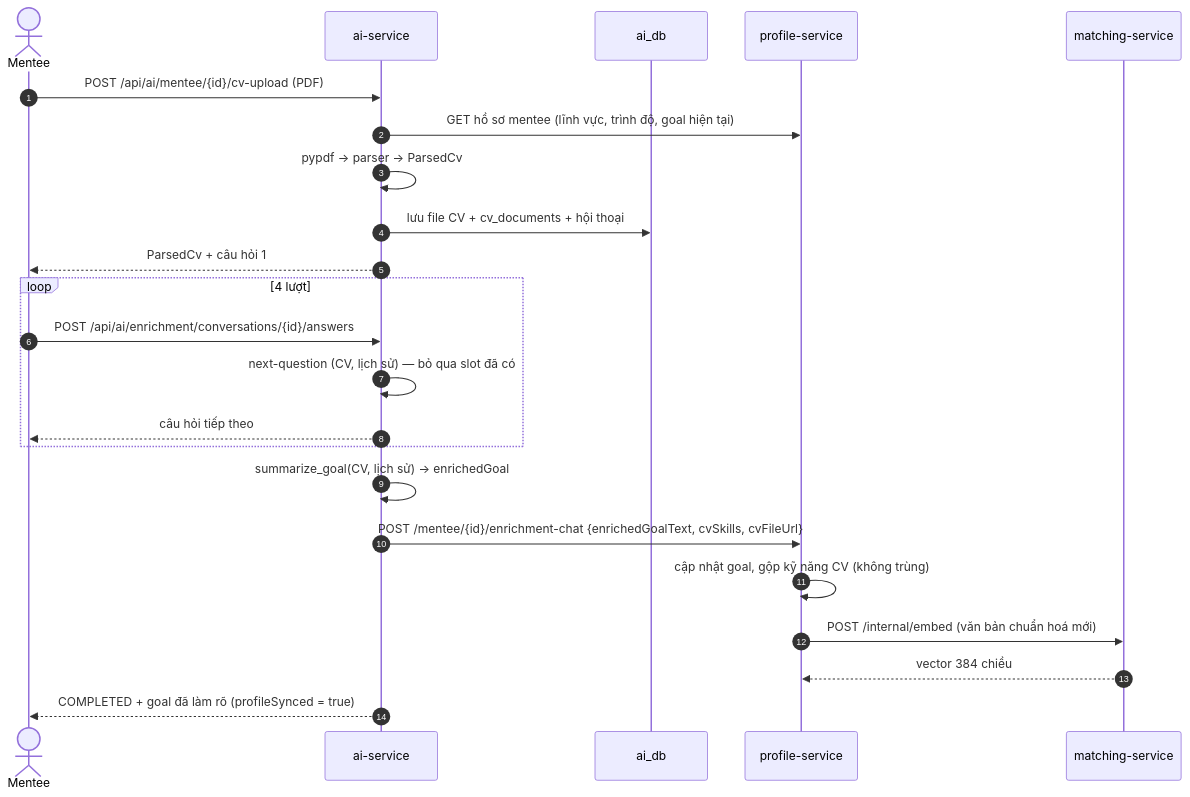
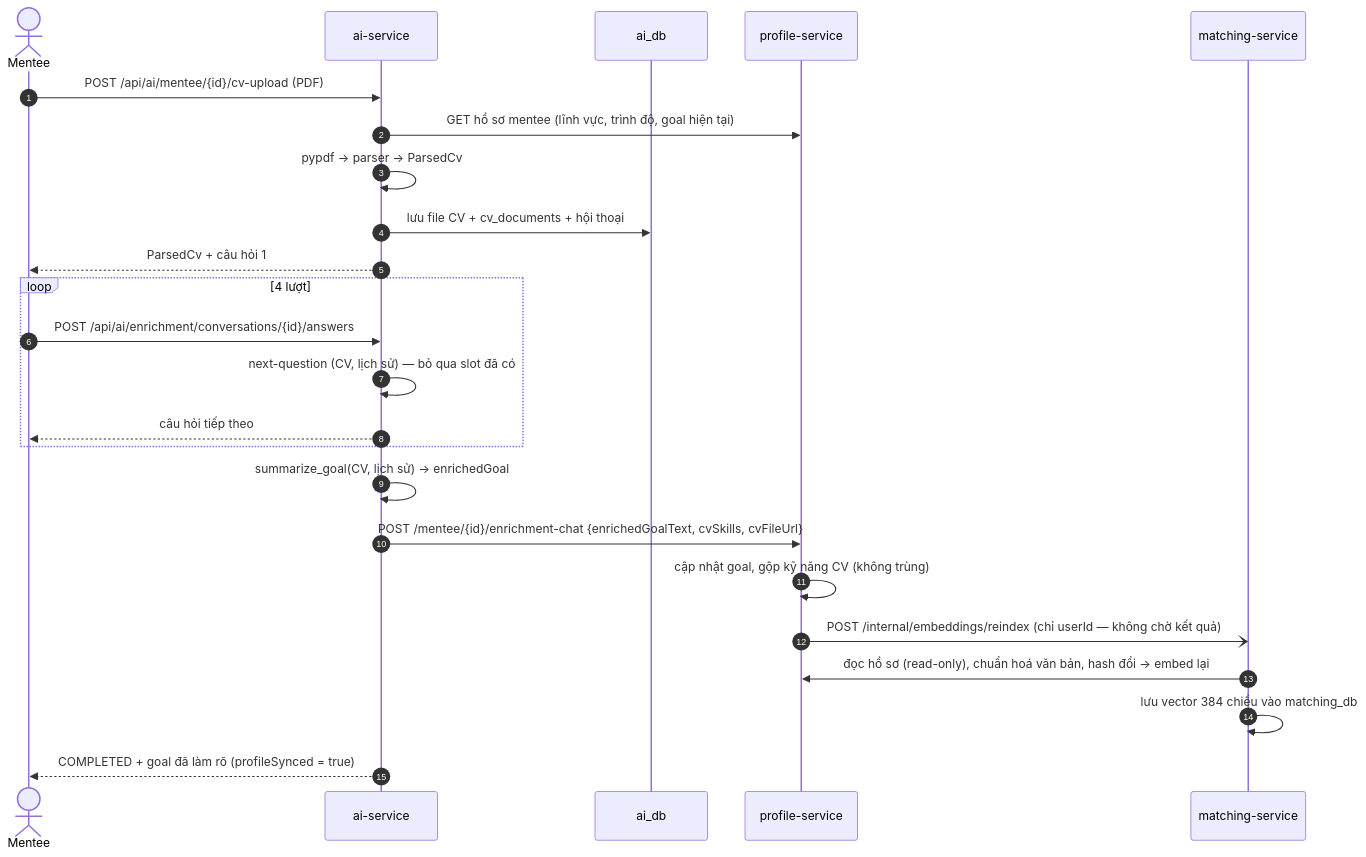
The fifth of 5 diagrams in docs/ai-features.md (quangpham10212004/do_an_2026), drawn with Mermaid before and after one commit. The commit also changed other lines of this file and 185 other files, not shown here.

````diff
--- a/docs/ai-features.md
+++ b/docs/ai-features.md
@@ -383,25 +412,26 @@
 ```mermaid
 sequenceDiagram
     autonumber
     actor M as Mentee
     participant AI as ai-service
     participant DB as ai_db
     participant P as profile-service
     participant X as matching-service
     M->>AI: POST /api/ai/mentee/{id}/cv-upload (PDF)
     AI->>P: GET hồ sơ mentee (lĩnh vực, trình độ, goal hiện tại)
     AI->>AI: pypdf → parser → ParsedCv
     AI->>DB: lưu file CV + cv_documents + hội thoại
     AI-->>M: ParsedCv + câu hỏi 1
     loop 4 lượt
         M->>AI: POST /api/ai/enrichment/conversations/{id}/answers
         AI->>AI: next-question (CV, lịch sử) — bỏ qua slot đã có
         AI-->>M: câu hỏi tiếp theo
     end
     AI->>AI: summarize_goal(CV, lịch sử) → enrichedGoal
     AI->>P: POST /mentee/{id}/enrichment-chat {enrichedGoalText, cvSkills, cvFileUrl}
     P->>P: cập nhật goal, gộp kỹ năng CV (không trùng)
-    P->>X: POST /internal/embed (văn bản chuẩn hoá mới)
-    X-->>P: vector 384 chiều
+    P-)X: POST /internal/embeddings/reindex (chỉ userId — không chờ kết quả)
+    X->>P: đọc hồ sơ (read-only), chuẩn hoá văn bản, hash đổi → embed lại
+    X->>X: lưu vector 384 chiều vào matching_db
     AI-->>M: COMPLETED + goal đã làm rõ (profileSynced = true)
 ```
````
